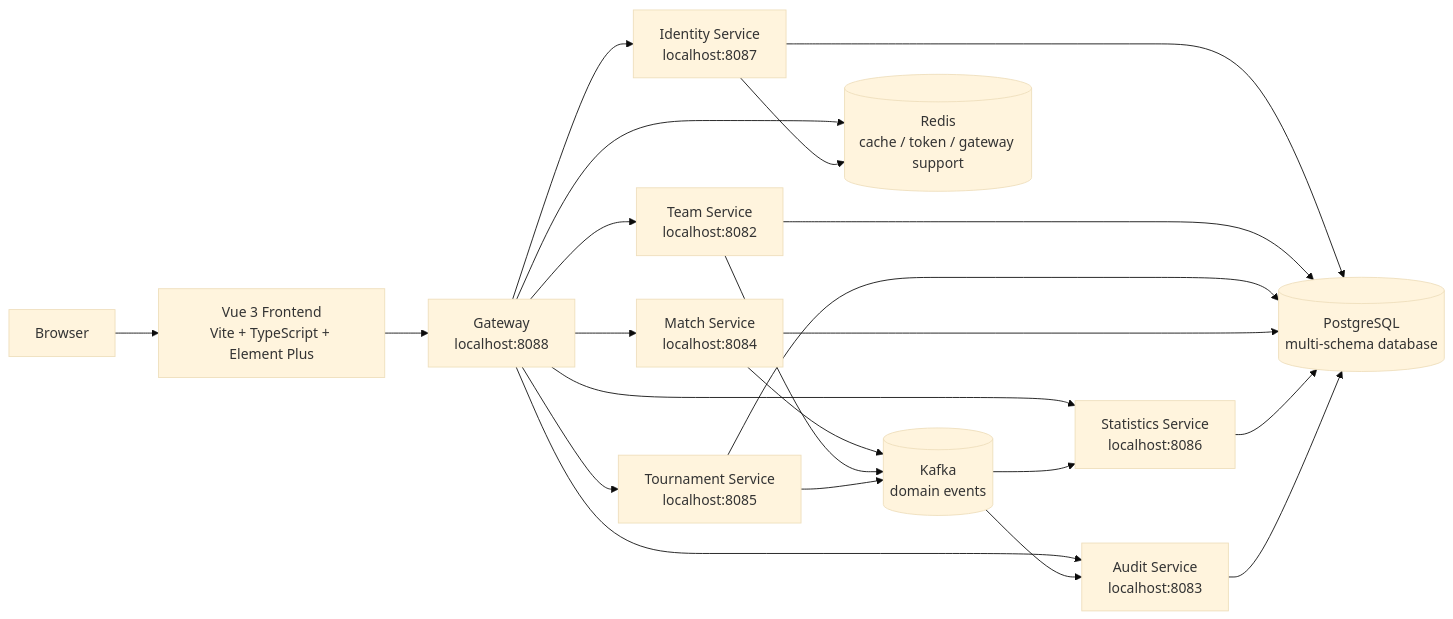
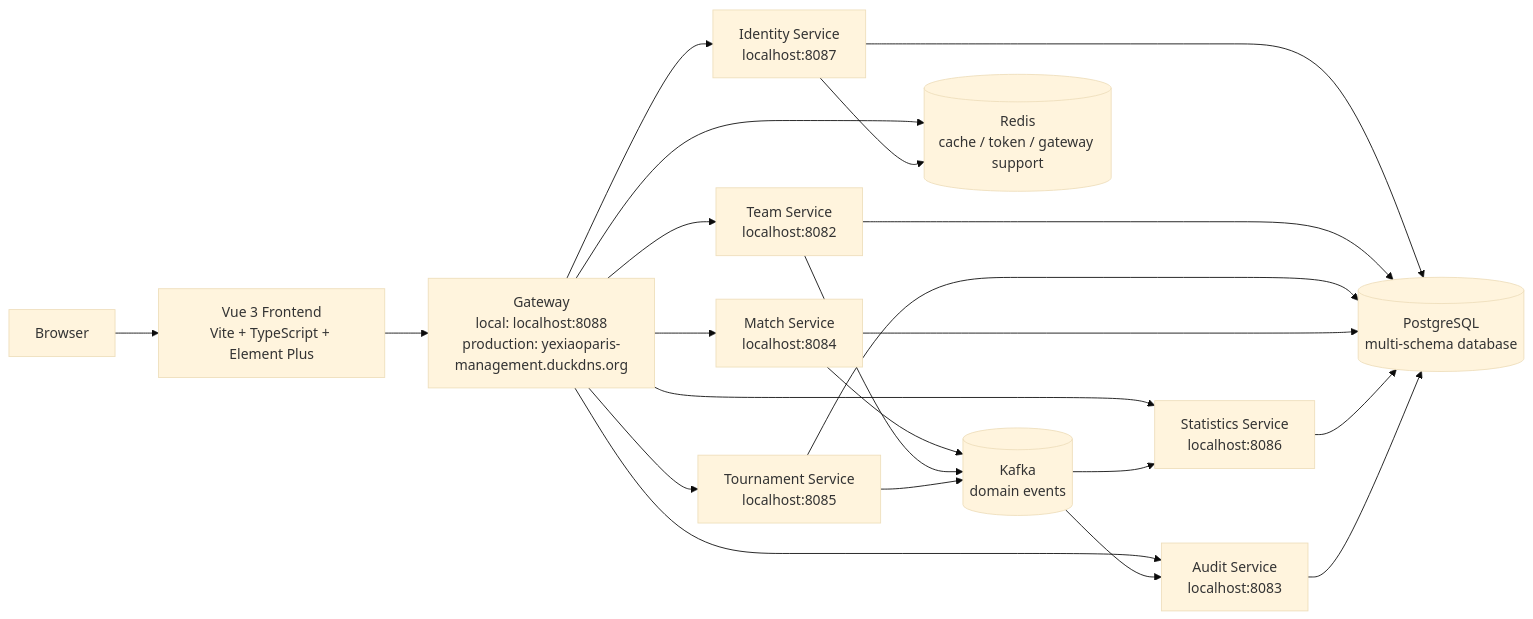
Before and after one commit to Yukhoi/team-management-frontend: the first of 2 diagrams in README.md, drawn with Mermaid (base theme). The commit also changed other lines of this file and 1 other file, not shown here.

````diff
--- a/README.md
+++ b/README.md
@@ -123,43 +123,43 @@
 ```mermaid
 flowchart LR
   Browser["Browser"]
   Frontend["Vue 3 Frontend<br/>Vite + TypeScript + Element Plus"]
-  Gateway["Gateway<br/>localhost:8088"]
+  Gateway["Gateway<br/>local: localhost:8088<br/>production: yexiaoparis-management.duckdns.org"]
 
   Identity["Identity Service<br/>localhost:8087"]
   Team["Team Service<br/>localhost:8082"]
   Tournament["Tournament Service<br/>localhost:8085"]
   Match["Match Service<br/>localhost:8084"]
   Statistics["Statistics Service<br/>localhost:8086"]
   Audit["Audit Service<br/>localhost:8083"]
 
   PostgreSQL[("PostgreSQL<br/>multi-schema database")]
   Kafka[("Kafka<br/>domain events")]
   Redis[("Redis<br/>cache / token / gateway support")]
 
   Browser --> Frontend
   Frontend --> Gateway
 
   Gateway --> Identity
   Gateway --> Team
   Gateway --> Tournament
   Gateway --> Match
   Gateway --> Statistics
   Gateway --> Audit
 
   Identity --> PostgreSQL
   Team --> PostgreSQL
   Tournament --> PostgreSQL
   Match --> PostgreSQL
   Statistics --> PostgreSQL
   Audit --> PostgreSQL
 
   Match --> Kafka
   Team --> Kafka
   Tournament --> Kafka
   Kafka --> Statistics
   Kafka --> Audit
 
   Gateway --> Redis
   Identity --> Redis
 ```
````
